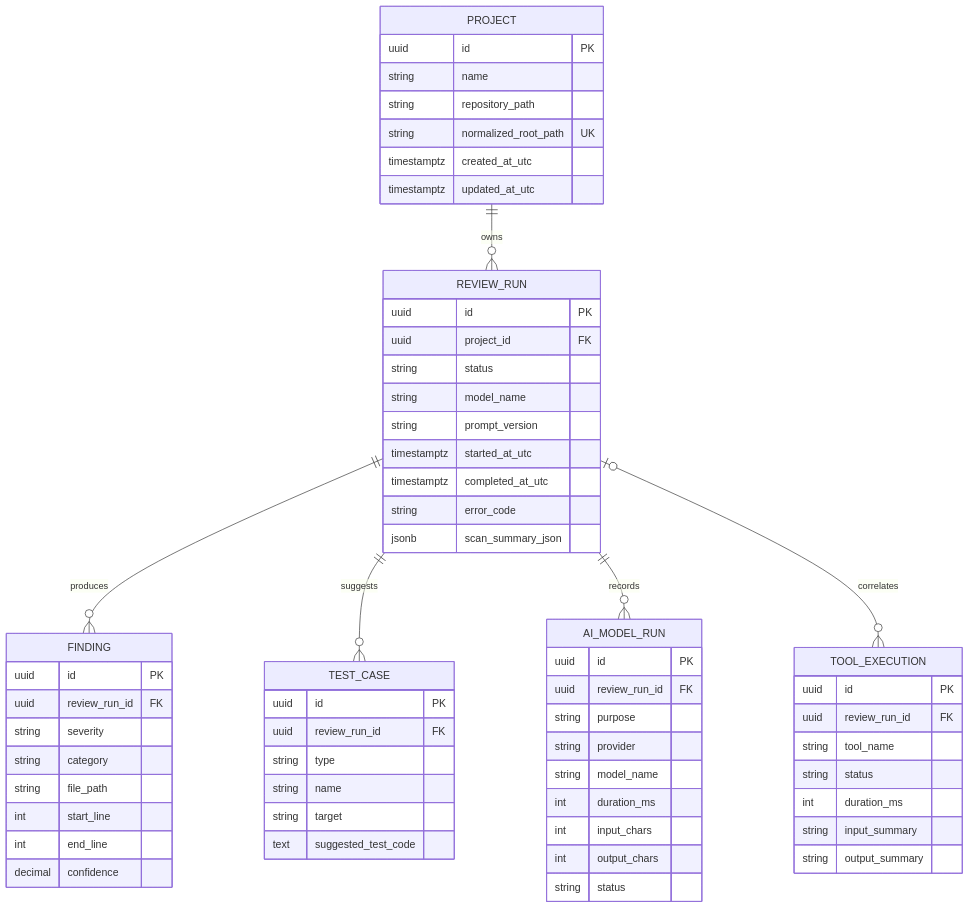
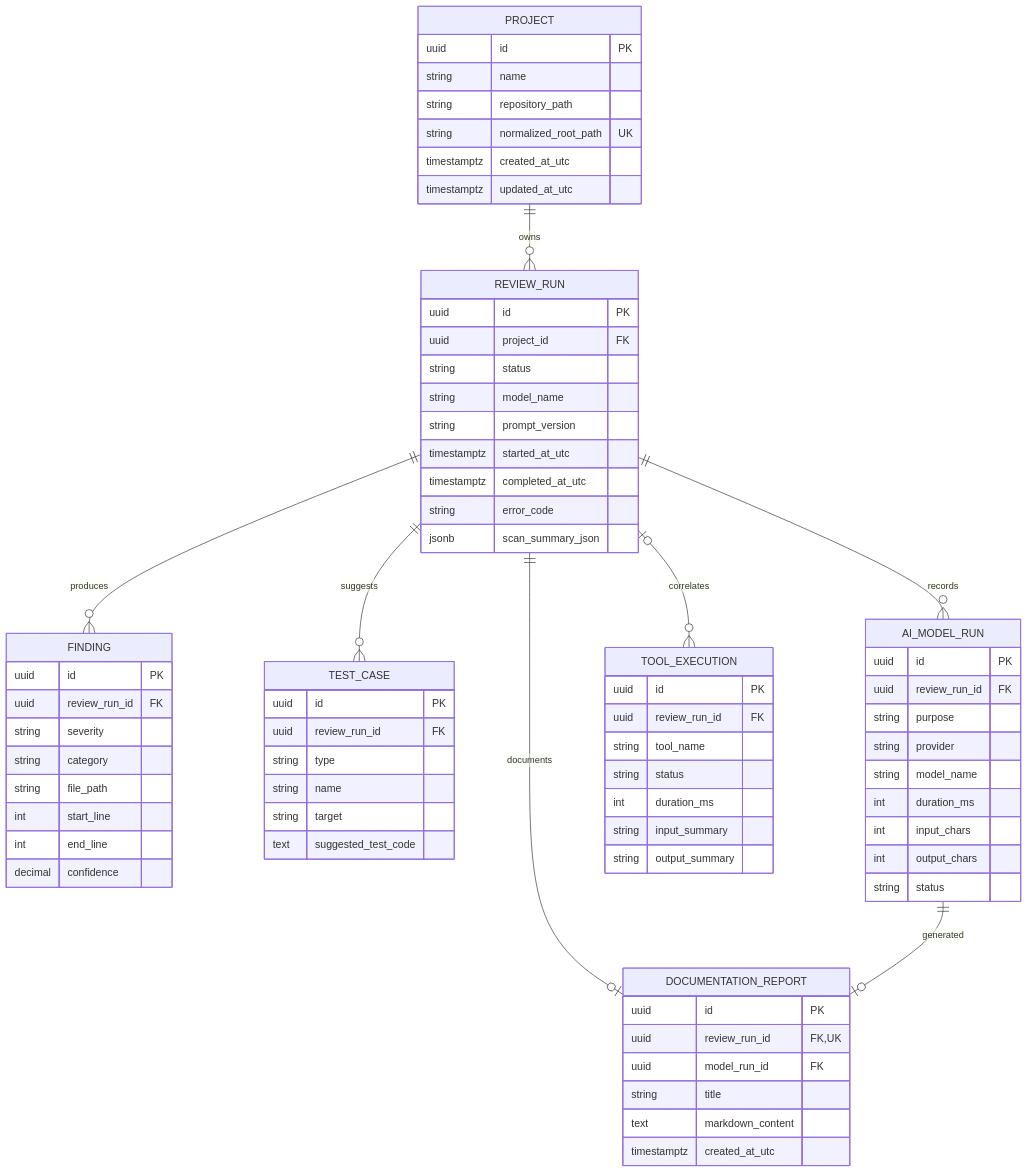
Before and after one commit to senagokaslan/CodeGuardAI: the second of 6 diagrams in docs/architecture.md, drawn with Mermaid. The commit also changed other lines of this file and 5 other files, not shown here.

Commit message:
docs: document completed docs agent flow

````diff
--- a/docs/architecture.md
+++ b/docs/architecture.md
@@ -39,66 +39,76 @@
 ```mermaid
 erDiagram
     PROJECT ||--o{ REVIEW_RUN : owns
     REVIEW_RUN ||--o{ FINDING : produces
     REVIEW_RUN ||--o{ TEST_CASE : suggests
     REVIEW_RUN ||--o{ AI_MODEL_RUN : records
     REVIEW_RUN o|--o{ TOOL_EXECUTION : correlates
+    REVIEW_RUN ||--o| DOCUMENTATION_REPORT : documents
+    AI_MODEL_RUN ||--o| DOCUMENTATION_REPORT : generated
 
     PROJECT {
         uuid id PK
         string name
         string repository_path
         string normalized_root_path UK
         timestamptz created_at_utc
         timestamptz updated_at_utc
     }
     REVIEW_RUN {
         uuid id PK
         uuid project_id FK
         string status
         string model_name
         string prompt_version
         timestamptz started_at_utc
         timestamptz completed_at_utc
         string error_code
         jsonb scan_summary_json
     }
     FINDING {
         uuid id PK
         uuid review_run_id FK
         string severity
         string category
         string file_path
         int start_line
         int end_line
         decimal confidence
     }
     TEST_CASE {
         uuid id PK
         uuid review_run_id FK
         string type
         string name
         string target
         text suggested_test_code
     }
     AI_MODEL_RUN {
         uuid id PK
         uuid review_run_id FK
         string purpose
         string provider
         string model_name
         int duration_ms
         int input_chars
         int output_chars
         string status
     }
     TOOL_EXECUTION {
         uuid id PK
         uuid review_run_id FK
         string tool_name
         string status
         int duration_ms
         string input_summary
         string output_summary
     }
+    DOCUMENTATION_REPORT {
+        uuid id PK
+        uuid review_run_id FK,UK
+        uuid model_run_id FK
+        string title
+        text markdown_content
+        timestamptz created_at_utc
+    }
 ```
````
